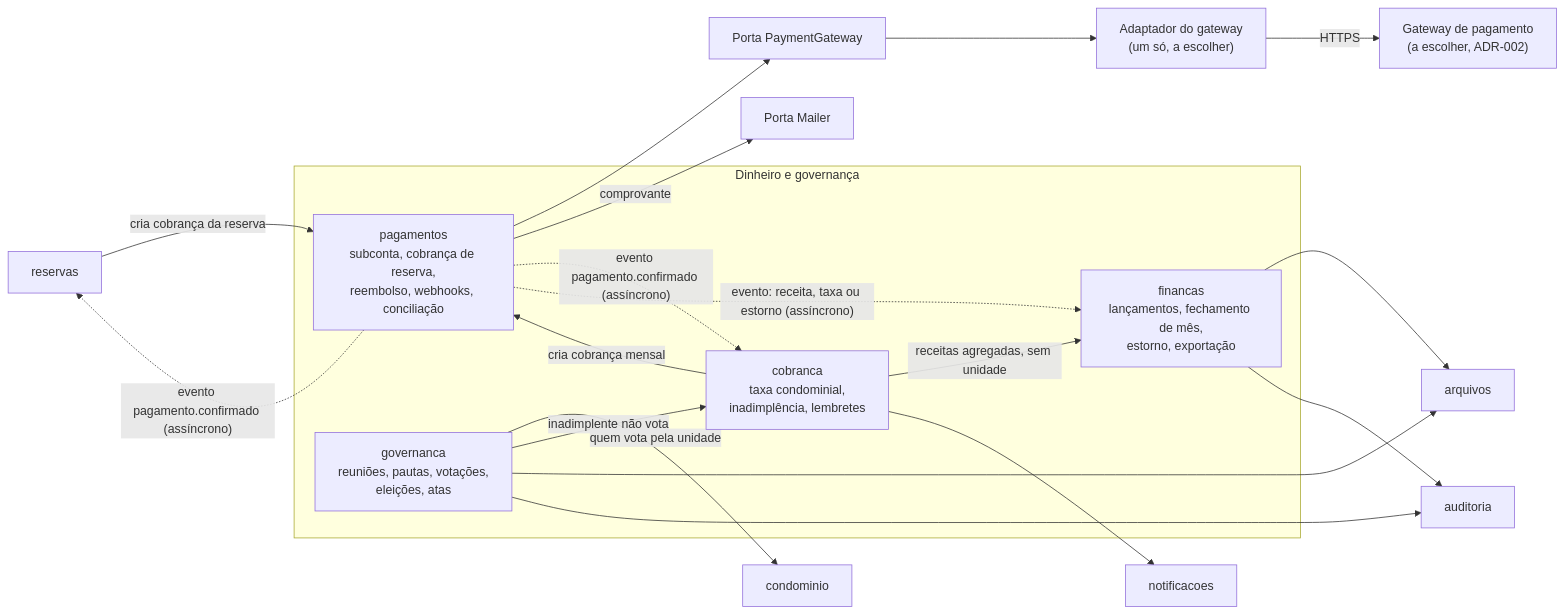
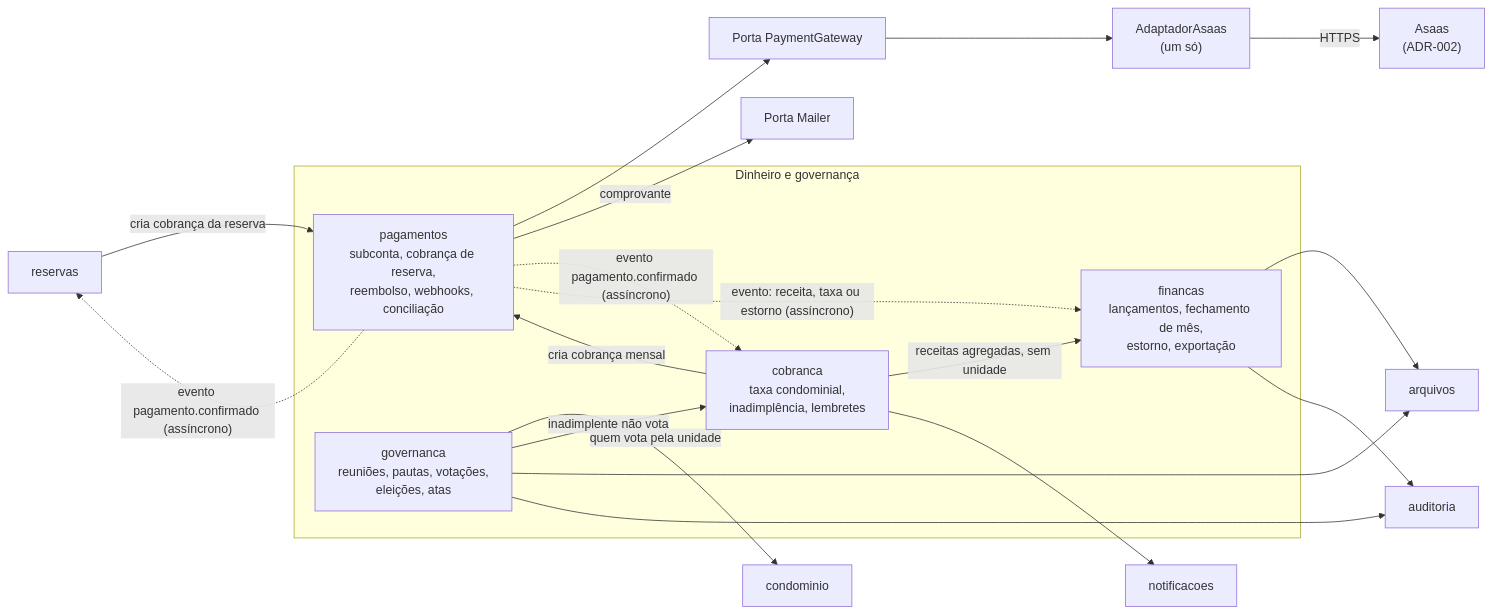
The ninth of 12 diagrams in docs/03-arquitetura/02-diagramas-de-arquitetura.md (pedrolems/CondomiFacil), drawn with Mermaid before and after one commit. The commit also changed other lines of this file and 33 other files, not shown here.

````diff
--- a/docs/03-arquitetura/02-diagramas-de-arquitetura.md
+++ b/docs/03-arquitetura/02-diagramas-de-arquitetura.md
@@ -603,38 +603,38 @@
 ```mermaid
 flowchart LR
     RES["reservas"]
 
     subgraph GDINHEIRO["Dinheiro e governança"]
         PAG["pagamentos<br/>subconta, cobrança de reserva,<br/>reembolso, webhooks, conciliação"]
         COB["cobranca<br/>taxa condominial,<br/>inadimplência, lembretes"]
         FIN["financas<br/>lançamentos, fechamento de mês,<br/>estorno, exportação"]
         GOV["governanca<br/>reuniões, pautas, votações,<br/>eleições, atas"]
     end
 
     PGW["Porta PaymentGateway"]
-    ADP["Adaptador do gateway<br/>(um só, a escolher)"]
-    GWEXT["Gateway de pagamento<br/>(a escolher, ADR-002)"]
+    ADP["AdaptadorAsaas<br/>(um só)"]
+    GWEXT["Asaas<br/>(ADR-002)"]
     MAILER["Porta Mailer"]
     COND["condominio"]
     NOT["notificacoes"]
     ARQ["arquivos"]
     AUD["auditoria"]
 
     RES -->|"cria cobrança da reserva"| PAG
     COB -->|"cria cobrança mensal"| PAG
     PAG --> PGW
     PGW --> ADP
     ADP -->|"HTTPS"| GWEXT
     PAG -->|"comprovante"| MAILER
     PAG -.->|"evento pagamento.confirmado (assíncrono)"| RES
     PAG -.->|"evento pagamento.confirmado (assíncrono)"| COB
     PAG -.->|"evento: receita, taxa ou estorno (assíncrono)"| FIN
     COB -->|"receitas agregadas, sem unidade"| FIN
     COB --> NOT
     FIN --> ARQ
     FIN --> AUD
     GOV -->|"quem vota pela unidade"| COND
     GOV -->|"inadimplente não vota"| COB
     GOV --> ARQ
     GOV --> AUD
 ```
````
